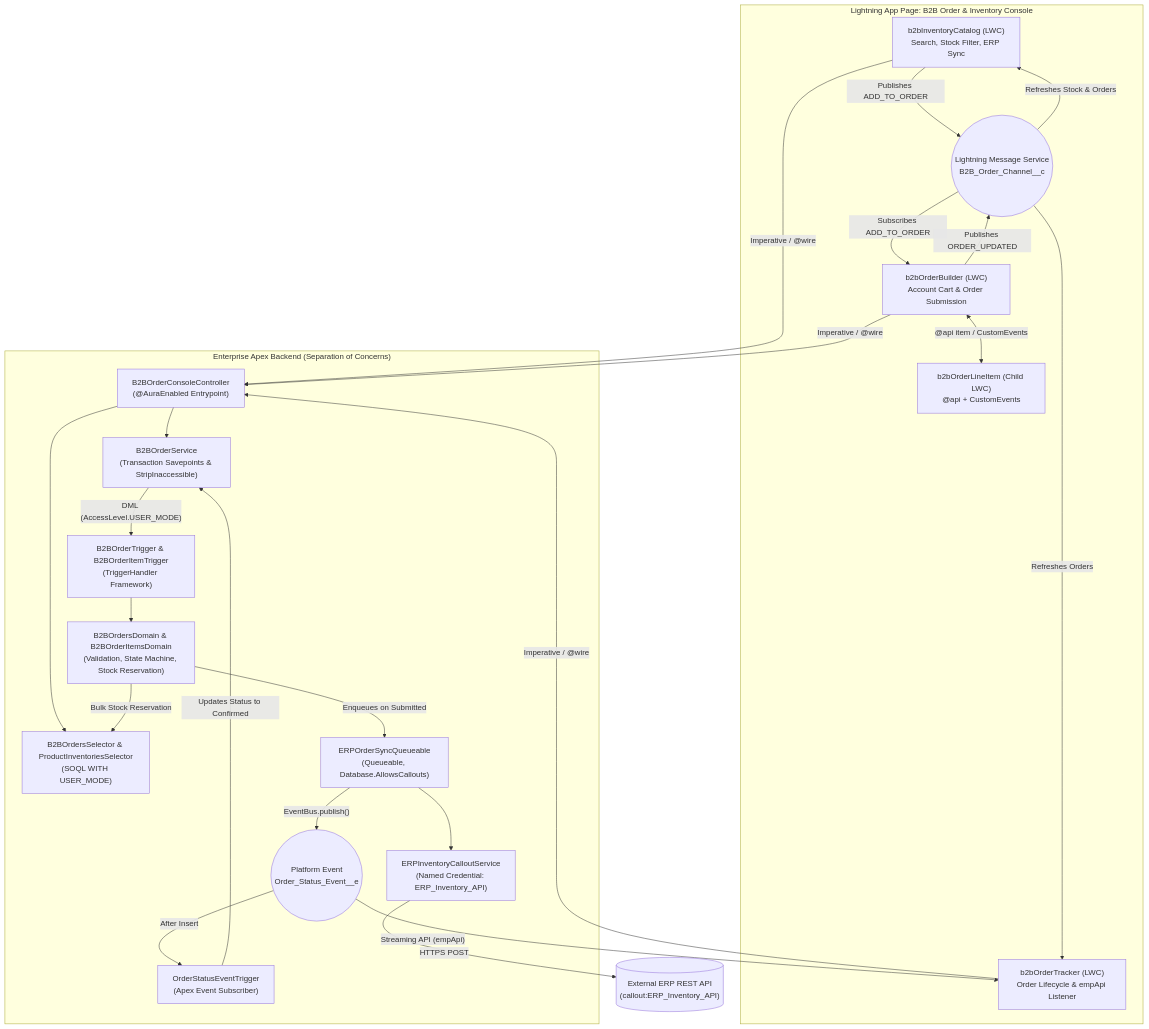
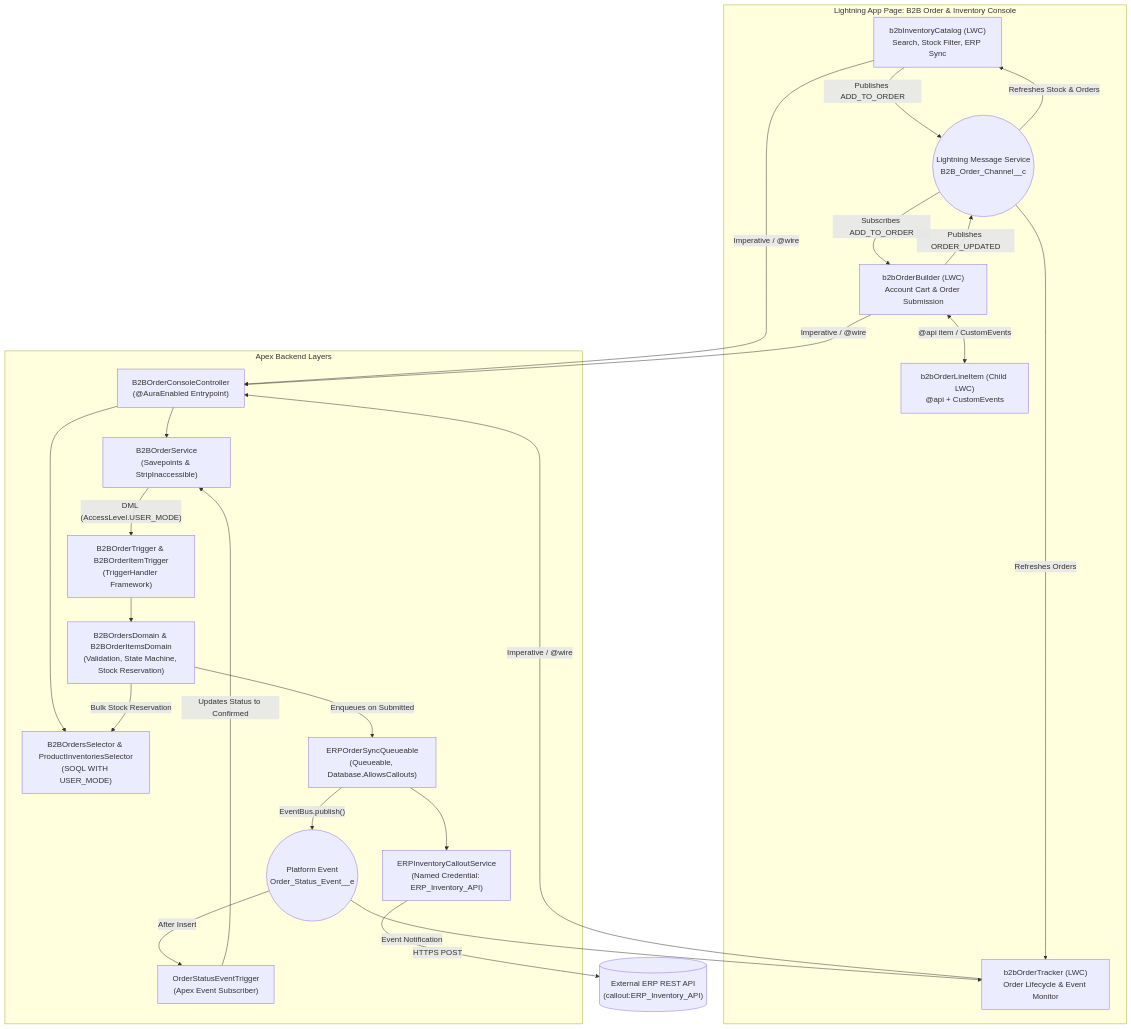
The first of 2 diagrams in README.md (joaopedroslc/salesforce-b2b-order-console), drawn with Mermaid before and after one commit. The commit also changed other lines of this file and 6 other files, not shown here.

````diff
--- a/README.md
+++ b/README.md
@@ -30,44 +30,44 @@
 ```mermaid
 flowchart TD
     subgraph LWC_Workspace["Lightning App Page: B2B Order & Inventory Console"]
         Catalog["b2bInventoryCatalog (LWC)<br/>Search, Stock Filter, ERP Sync"]
         Builder["b2bOrderBuilder (LWC)<br/>Account Cart & Order Submission"]
         LineItem["b2bOrderLineItem (Child LWC)<br/>@api + CustomEvents"]
-        Tracker["b2bOrderTracker (LWC)<br/>Order Lifecycle & empApi Listener"]
+        Tracker["b2bOrderTracker (LWC)<br/>Order Lifecycle & Event Monitor"]
         LMS(("Lightning Message Service<br/>B2B_Order_Channel__c"))
 
         Catalog -->|"Publishes ADD_TO_ORDER"| LMS
         LMS -->|"Subscribes ADD_TO_ORDER"| Builder
         Builder <-->|"@api item / CustomEvents"| LineItem
         Builder -->|"Publishes ORDER_UPDATED"| LMS
         LMS -->|"Refreshes Stock & Orders"| Catalog
         LMS -->|"Refreshes Orders"| Tracker
     end
 
-    subgraph Apex_Layers["Enterprise Apex Backend (Separation of Concerns)"]
+    subgraph Apex_Layers["Apex Backend Layers"]
         Controller["B2BOrderConsoleController<br/>(@AuraEnabled Entrypoint)"]
-        Service["B2BOrderService<br/>(Transaction Savepoints & StripInaccessible)"]
+        Service["B2BOrderService<br/>(Savepoints & StripInaccessible)"]
         Selector["B2BOrdersSelector & ProductInventoriesSelector<br/>(SOQL WITH USER_MODE)"]
         Trigger["B2BOrderTrigger & B2BOrderItemTrigger<br/>(TriggerHandler Framework)"]
         Domain["B2BOrdersDomain & B2BOrderItemsDomain<br/>(Validation, State Machine, Stock Reservation)"]
         Queueable["ERPOrderSyncQueueable<br/>(Queueable, Database.AllowsCallouts)"]
         Callout["ERPInventoryCalloutService<br/>(Named Credential: ERP_Inventory_API)"]
         PE(("Platform Event<br/>Order_Status_Event__e"))
         PETrigger["OrderStatusEventTrigger<br/>(Apex Event Subscriber)"]
     end
 
     ExternalERP[("External ERP REST API<br/>(callout:ERP_Inventory_API)")]
 
     Catalog & Builder & Tracker -->|"Imperative / @wire"| Controller
     Controller --> Service & Selector
     Service -->|"DML (AccessLevel.USER_MODE)"| Trigger
     Trigger --> Domain
     Domain -->|"Bulk Stock Reservation"| Selector
     Domain -->|"Enqueues on Submitted"| Queueable
     Queueable --> Callout
     Callout -->|"HTTPS POST"| ExternalERP
     Queueable -->|"EventBus.publish()"| PE
     PE -->|"After Insert"| PETrigger
     PETrigger -->|"Updates Status to Confirmed"| Service
-    PE -->|"Streaming API (empApi)"| Tracker
+    PE -->|"Event Notification"| Tracker
 ```
````
